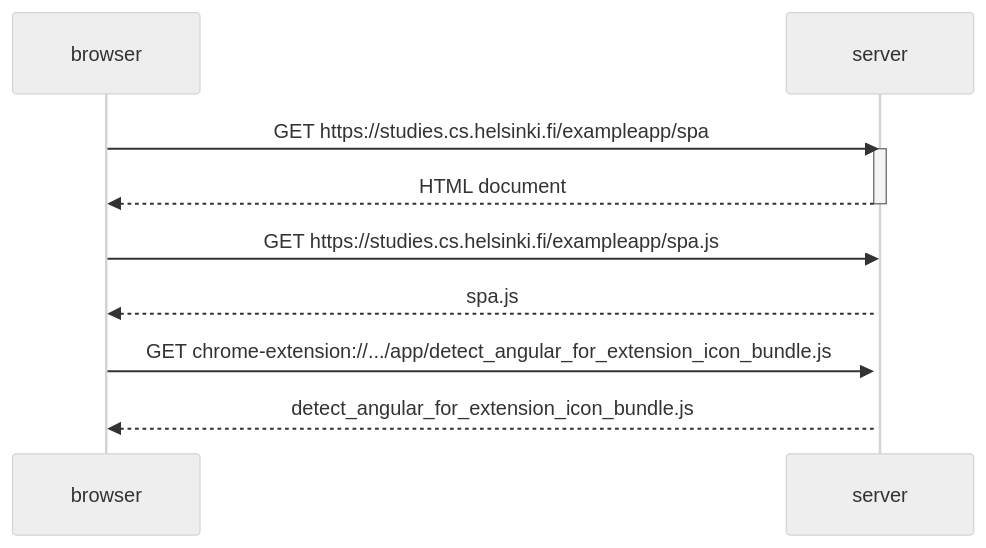
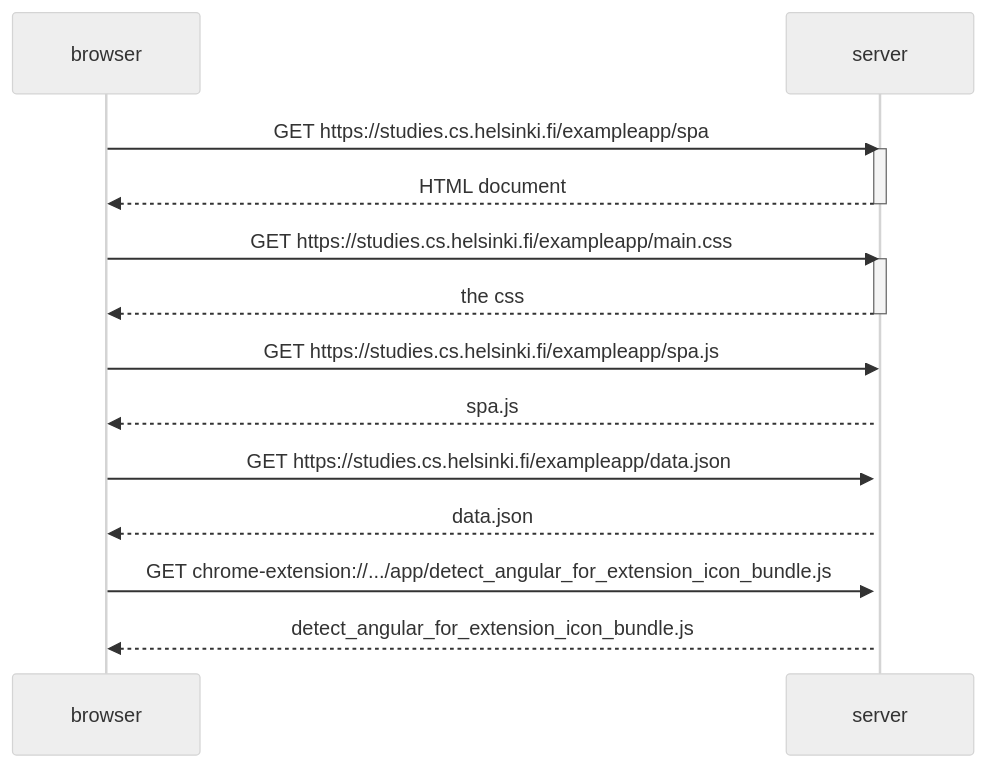
One commit to shiyun-ho/full-stack-open changed the diagram in part0/05-sequenceDiagram.md. Above: the diagram before and after it, drawn with Mermaid (neutral theme). The commit also changed 1 other file, not shown here.

Commit message:
Added Exercise 5 and 6 of Part 00

````diff
--- a/part0/05-sequenceDiagram.md
+++ b/part0/05-sequenceDiagram.md
@@ -13,19 +13,28 @@
 ```mermaid
     sequenceDiagram
         participant browser
         participant server
 
         browser->>server: GET https://studies.cs.helsinki.fi/exampleapp/spa
         activate server
         server-->>browser: HTML document
         deactivate server
 
+        browser->>server: GET https://studies.cs.helsinki.fi/exampleapp/main.css
+        activate server
+        server-->>browser: the css
+        deactivate server
+
         browser->>server: GET https://studies.cs.helsinki.fi/exampleapp/spa.js
         activate server
         server-->>browser: spa.js
+
+        browser->>server: GET https://studies.cs.helsinki.fi/exampleapp/data.json
+        activate server
+        server-->>browser: data.json
 
         browser->>server: GET chrome-extension://.../app/detect_angular_for_extension_icon_bundle.js
         activate server
         server-->>browser: detect_angular_for_extension_icon_bundle.js
 
 ```
````
